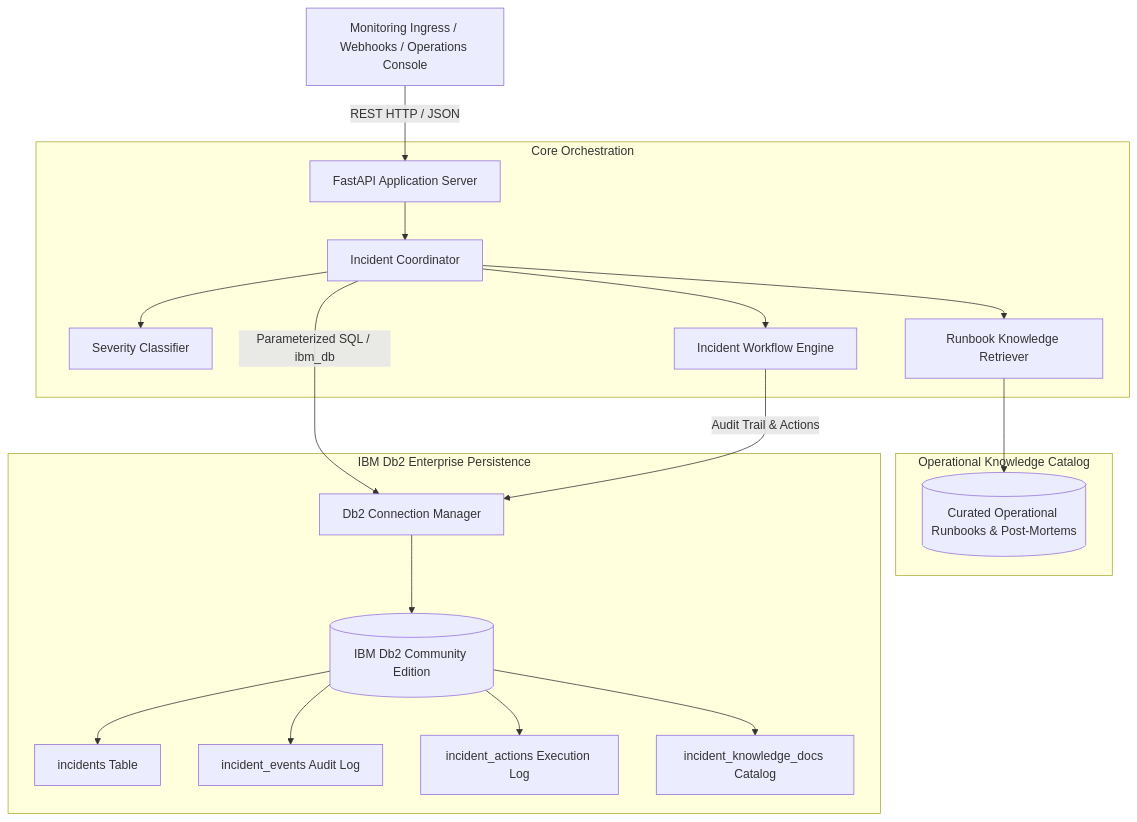
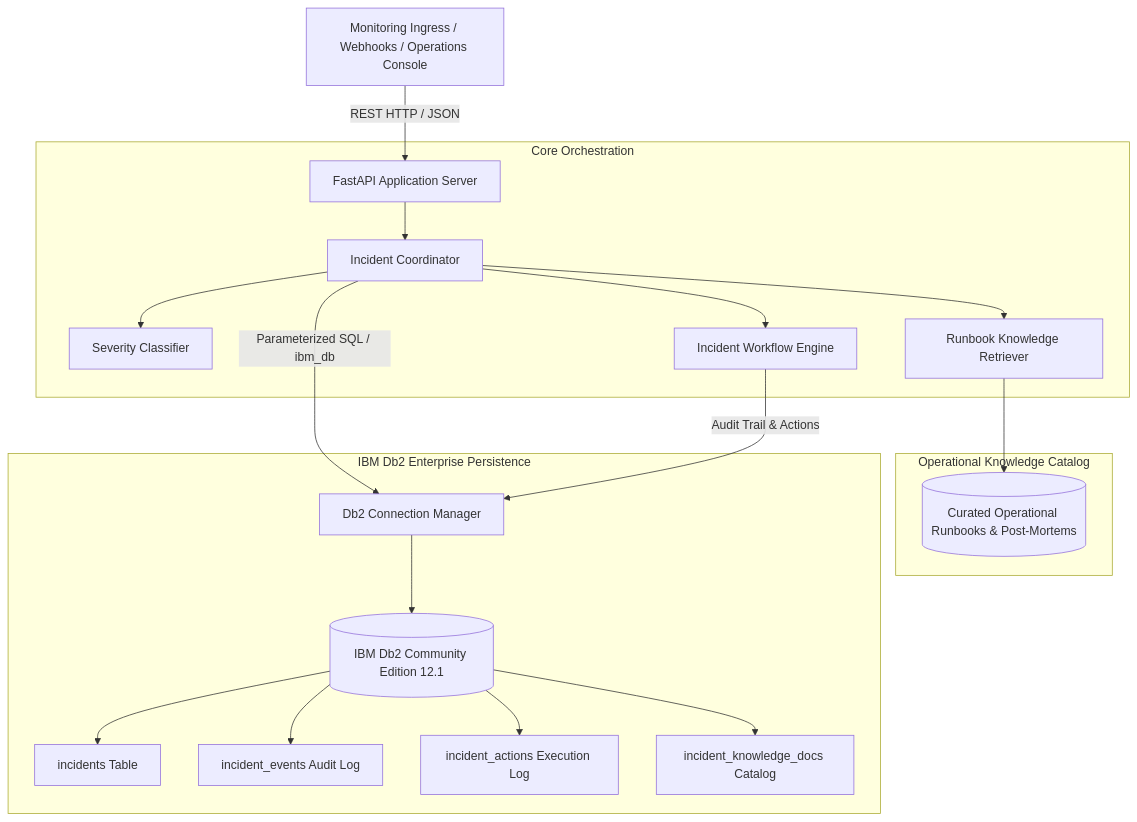
Before and after one commit to KunalGolaIBM/IBM_Db2_TechX_Project_Submission: the first of 2 diagrams in submissions/db2-workrelay-intelligence/architecture.md, drawn with Mermaid. The commit also changed other lines of this file and 7 other files, not shown here.

````diff
--- a/submissions/db2-workrelay-intelligence/architecture.md
+++ b/submissions/db2-workrelay-intelligence/architecture.md
@@ -12,25 +12,25 @@
 ```mermaid
 graph TD
     Client[Monitoring Ingress / Webhooks / Operations Console] -->|REST HTTP / JSON| API[FastAPI Application Server]
 
     subgraph Core Orchestration
         API --> Coordinator[Incident Coordinator]
         Coordinator --> Classifier[Severity Classifier]
         Coordinator --> Retriever[Runbook Knowledge Retriever]
         Coordinator --> Workflow[Incident Workflow Engine]
     end
 
     subgraph Operational Knowledge Catalog
         Retriever --> Runbooks[(Curated Operational Runbooks & Post-Mortems)]
     end
 
     subgraph IBM Db2 Enterprise Persistence
         Coordinator -->|Parameterized SQL / ibm_db| Db2Mgr[Db2 Connection Manager]
         Workflow -->|Audit Trail & Actions| Db2Mgr
-        Db2Mgr --> Db2Main[(IBM Db2 Community Edition)]
+        Db2Mgr --> Db2Main[(IBM Db2 Community Edition 12.1)]
         Db2Main --> IncidentsTable[incidents Table]
         Db2Main --> EventsTable[incident_events Audit Log]
         Db2Main --> ActionsTable[incident_actions Execution Log]
         Db2Main --> DocsTable[incident_knowledge_docs Catalog]
     end
 ```
````
